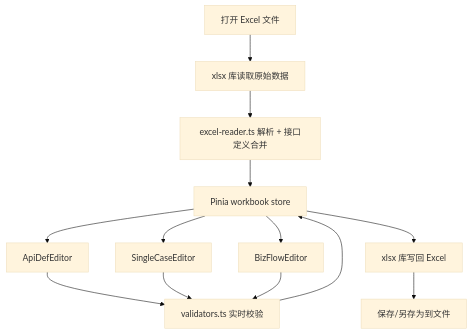
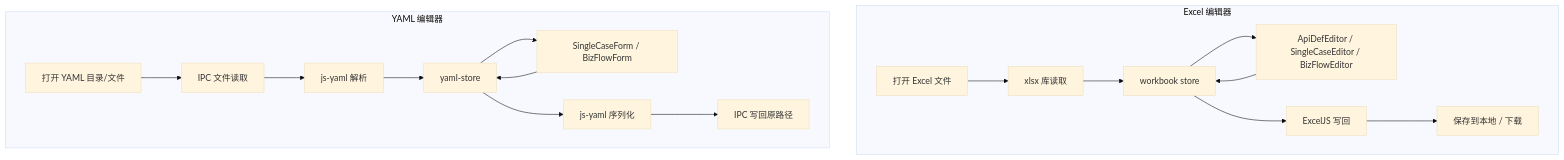
The second of 2 diagrams in case-editor/README.md (Remon-16/flow-forge), drawn with Mermaid (base theme) before and after one commit. The commit also changed other lines of this file and 40 other files, not shown here.

````diff
--- a/case-editor/README.md
+++ b/case-editor/README.md
@@ -73,15 +97,21 @@
 ```mermaid
 graph TD
-    OPEN[打开 Excel 文件] --> READ[xlsx 库读取原始数据]
-    READ --> PARSE[excel-reader.ts 解析 + 接口定义合并]
-    PARSE --> STORE[Pinia workbook store]
-    STORE --> API[ApiDefEditor]
-    STORE --> SINGLE[SingleCaseEditor]
-    STORE --> BIZ[BizFlowEditor]
-    API --> VALIDATE[validators.ts 实时校验]
-    SINGLE --> VALIDATE
-    BIZ --> VALIDATE
-    VALIDATE --> STORE
-    STORE --> WRITE[xlsx 库写回 Excel]
-    WRITE --> SAVE[保存/另存为到文件]
+    subgraph Excel 编辑器
+        OPEN_E[打开 Excel 文件] --> READ_E[xlsx 库读取]
+        READ_E --> STORE_E[workbook store]
+        STORE_E --> EDITORS[ApiDefEditor / SingleCaseEditor / BizFlowEditor]
+        EDITORS --> STORE_E
+        STORE_E --> WRITE_E[ExcelJS 写回]
+        WRITE_E --> SAVE_E[保存到本地 / 下载]
+    end
+
+    subgraph YAML 编辑器
+        OPEN_Y[打开 YAML 目录/文件] --> READ_Y[IPC 文件读取]
+        READ_Y --> PARSE_Y[js-yaml 解析]
+        PARSE_Y --> STORE_Y[yaml-store]
+        STORE_Y --> FORMS[SingleCaseForm / BizFlowForm]
+        FORMS --> STORE_Y
+        STORE_Y --> STRINGIFY[js-yaml 序列化]
+        STRINGIFY --> WRITE_Y[IPC 写回原路径]
+    end
 ```
````
